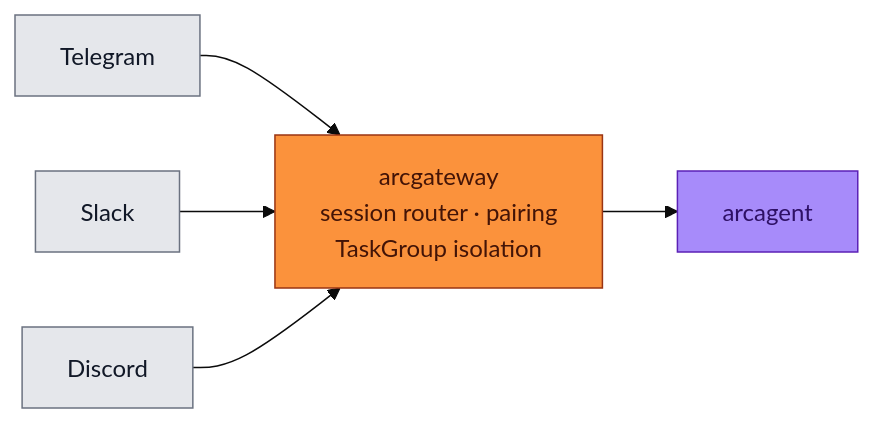
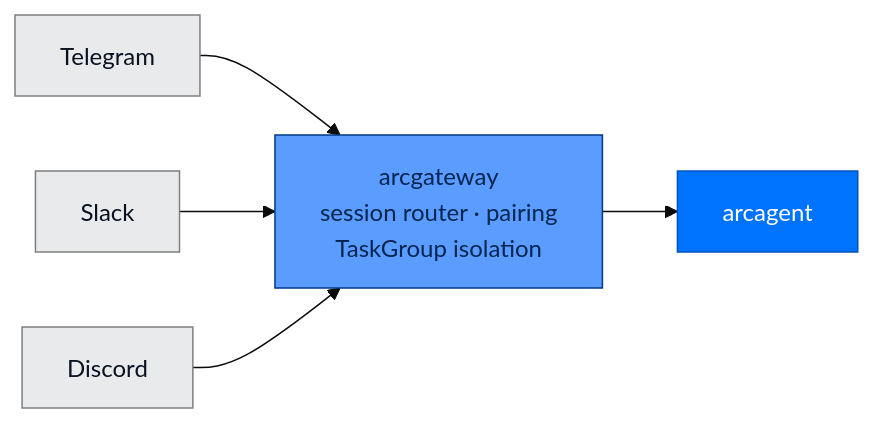
Before and after one commit to joshuamschultz/Arc: the first of 2 diagrams in packages/arcgateway/README.md, drawn with Mermaid (base theme). The commit also changed other lines of this file and 16 other files, not shown here.

````diff
--- a/packages/arcgateway/README.md
+++ b/packages/arcgateway/README.md
@@ -30,11 +30,11 @@
 ```mermaid
 flowchart LR
-    classDef gw fill:#FB923C,stroke:#9A3412,color:#431407
-    classDef ag fill:#A78BFA,stroke:#5B21B6,color:#2E1065
-    classDef ext fill:#E5E7EB,stroke:#6B7280,color:#111827
+    classDef surface fill:#5A9CFF,stroke:#003B82,color:#002550
+    classDef agent fill:#0073FE,stroke:#0055BC,color:#FFFFFF
+    classDef other fill:#E9EAEB,stroke:#7F7F7F,color:#0B1220
 
-    Telegram[Telegram]:::ext --> arcgateway
-    Slack[Slack]:::ext --> arcgateway
-    Discord[Discord]:::ext --> arcgateway
-    arcgateway[arcgateway<br/>session router · pairing<br/>TaskGroup isolation]:::gw --> arcagent[arcagent]:::ag
+    Telegram[Telegram]:::other --> arcgateway
+    Slack[Slack]:::other --> arcgateway
+    Discord[Discord]:::other --> arcgateway
+    arcgateway[arcgateway<br/>session router · pairing<br/>TaskGroup isolation]:::surface --> arcagent[arcagent]:::agent
 ```
````
